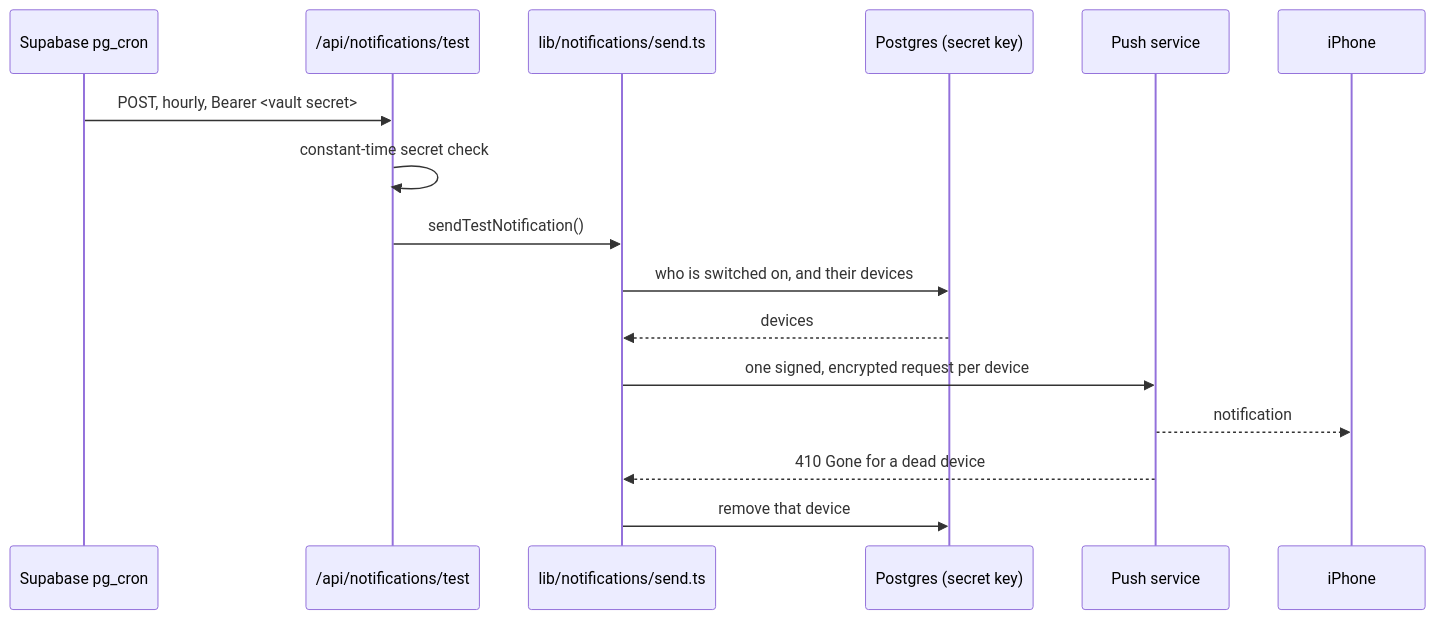
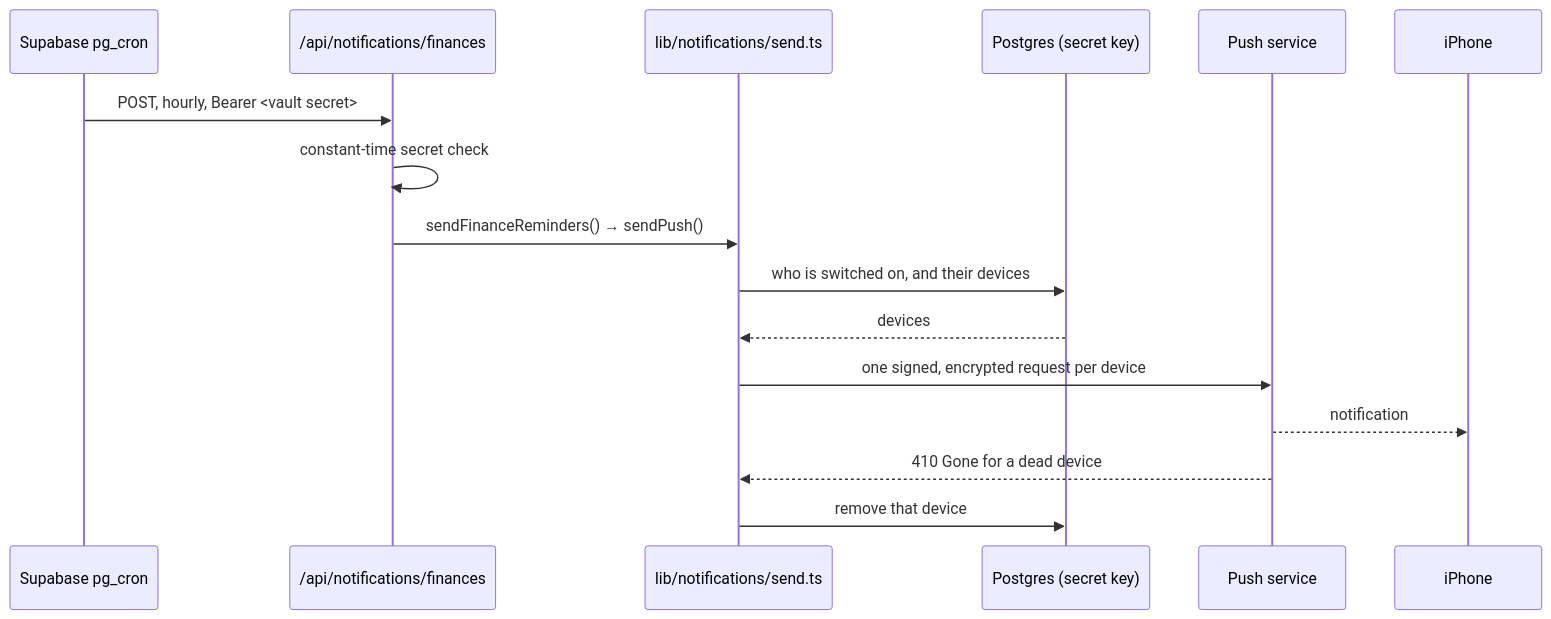
Before and after one commit to vplakkot/HomeBase: the fifth of 10 diagrams in docs/architecture.md, drawn with Mermaid. The commit also changed other lines of this file and 14 other files, not shown here.

First line of the commit message:
Stop the hourly test notification (#167)

````diff
--- a/docs/architecture.md
+++ b/docs/architecture.md
@@ -415,19 +417,19 @@
 ```mermaid
 sequenceDiagram
     participant Cron as Supabase pg_cron
-    participant Route as /api/notifications/test
+    participant Route as /api/notifications/finances
     participant Send as lib/notifications/send.ts
     participant DB as Postgres (secret key)
     participant Apple as Push service
     participant Phone as iPhone
 
     Cron->>Route: POST, hourly, Bearer <vault secret>
     Route->>Route: constant-time secret check
-    Route->>Send: sendTestNotification()
+    Route->>Send: sendFinanceReminders() → sendPush()
     Send->>DB: who is switched on, and their devices
     DB-->>Send: devices
     Send->>Apple: one signed, encrypted request per device
     Apple-->>Phone: notification
     Apple-->>Send: 410 Gone for a dead device
     Send->>DB: remove that device
 ```
````
